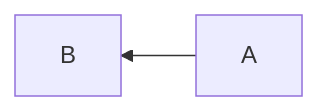
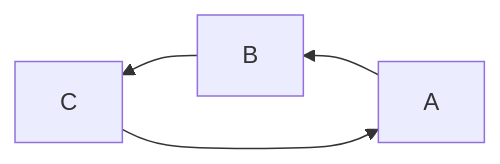
Before and after one commit to zacharyeller13/mermaid-preview.nvim: the second of 2 diagrams in tests/example.md, drawn with Mermaid. The commit also changed other lines of this file and 5 other files, not shown here.

````diff
--- a/tests/example.md
+++ b/tests/example.md
@@ -9,4 +9,6 @@
 ```mermaid
 flowchart RL
     A --> B
+    B --> C
+    C --> A
 ```
````
